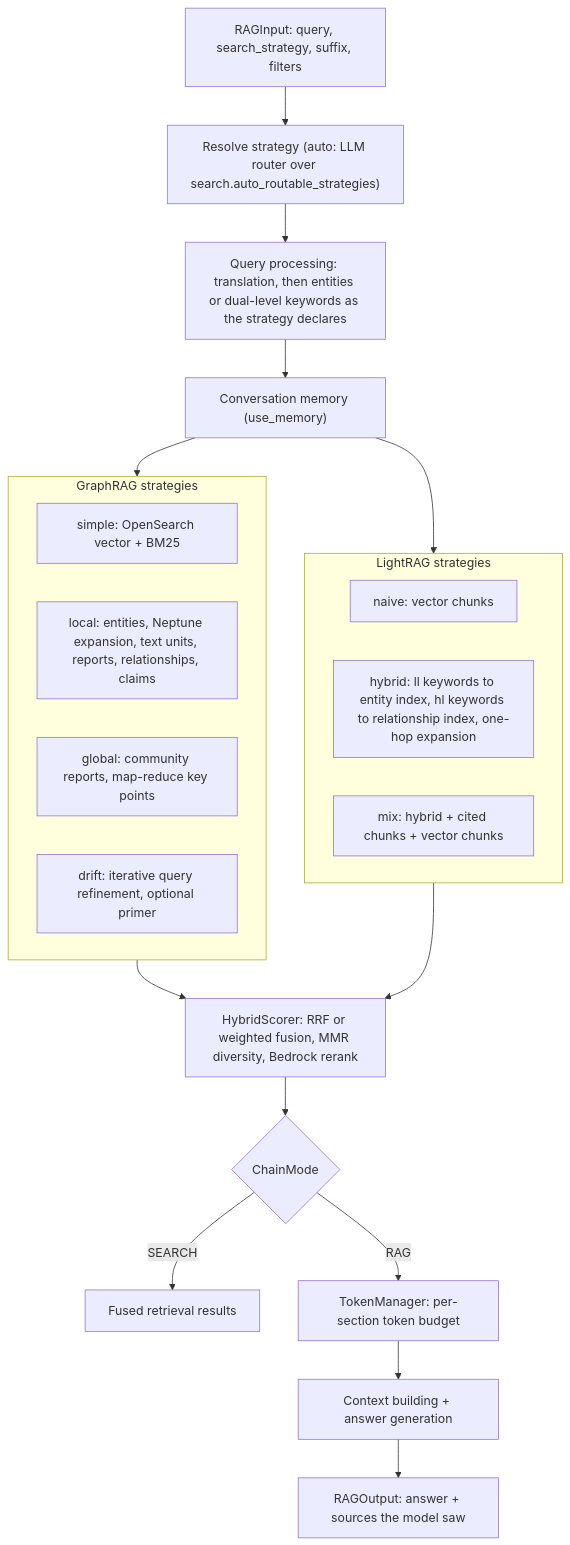
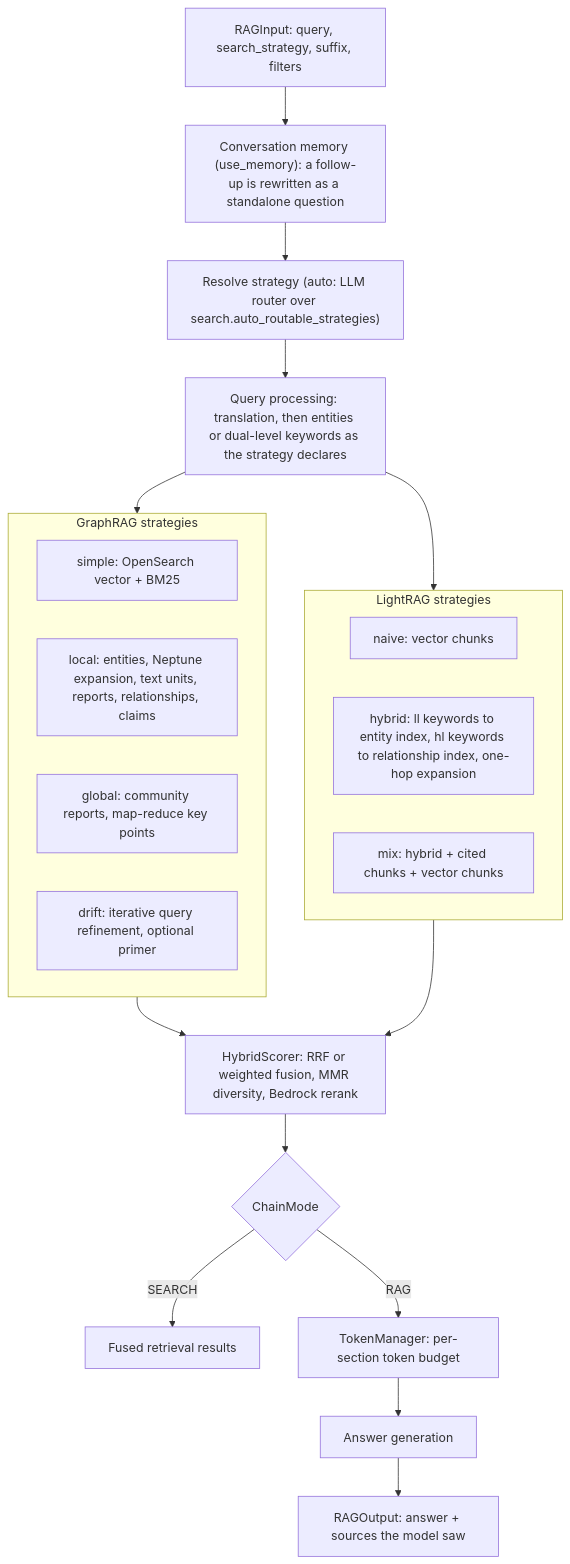
Before and after one commit to awslabs/unified-kg-rag-on-aws: the third of 3 diagrams in docs/design.ko.md, drawn with Mermaid. The commit also changed other lines of this file and 13 other files, not shown here.

First line of the commit message:
feat(retrieval): rewrite follow-ups as standalone questions

````diff
--- a/docs/design.ko.md
+++ b/docs/design.ko.md
@@ -291,26 +291,26 @@
 ```mermaid
 flowchart TD
-    input["RAGInput: query, search_strategy, suffix, filters"] --> resolve["Resolve strategy (auto: LLM router over search.auto_routable_strategies)"]
+    input["RAGInput: query, search_strategy, suffix, filters"] --> memory["Conversation memory (use_memory): a follow-up is rewritten as a standalone question"]
+    memory --> resolve["Resolve strategy (auto: LLM router over search.auto_routable_strategies)"]
     resolve --> qp["Query processing: translation, then entities or dual-level keywords as the strategy declares"]
-    qp --> memory["Conversation memory (use_memory)"]
-    memory --> graphrag
-    memory --> lightrag
+    qp --> graphrag
+    qp --> lightrag
     subgraph graphrag["GraphRAG strategies"]
         simple["simple: OpenSearch vector + BM25"]
         local["local: entities, Neptune expansion, text units, reports, relationships, claims"]
         global["global: community reports, map-reduce key points"]
         drift["drift: iterative query refinement, optional primer"]
     end
     subgraph lightrag["LightRAG strategies"]
         naive["naive: vector chunks"]
         hybrid["hybrid: ll keywords to entity index, hl keywords to relationship index, one-hop expansion"]
         mix["mix: hybrid + cited chunks + vector chunks"]
     end
     graphrag --> fuse["HybridScorer: RRF or weighted fusion, MMR diversity, Bedrock rerank"]
     lightrag --> fuse
     fuse --> mode{"ChainMode"}
     mode -- SEARCH --> results["Fused retrieval results"]
     mode -- RAG --> budget["TokenManager: per-section token budget"]
-    budget --> answer["Context building + answer generation"]
+    budget --> answer["Answer generation"]
     answer --> output["RAGOutput: answer + sources the model saw"]
 ```
````
